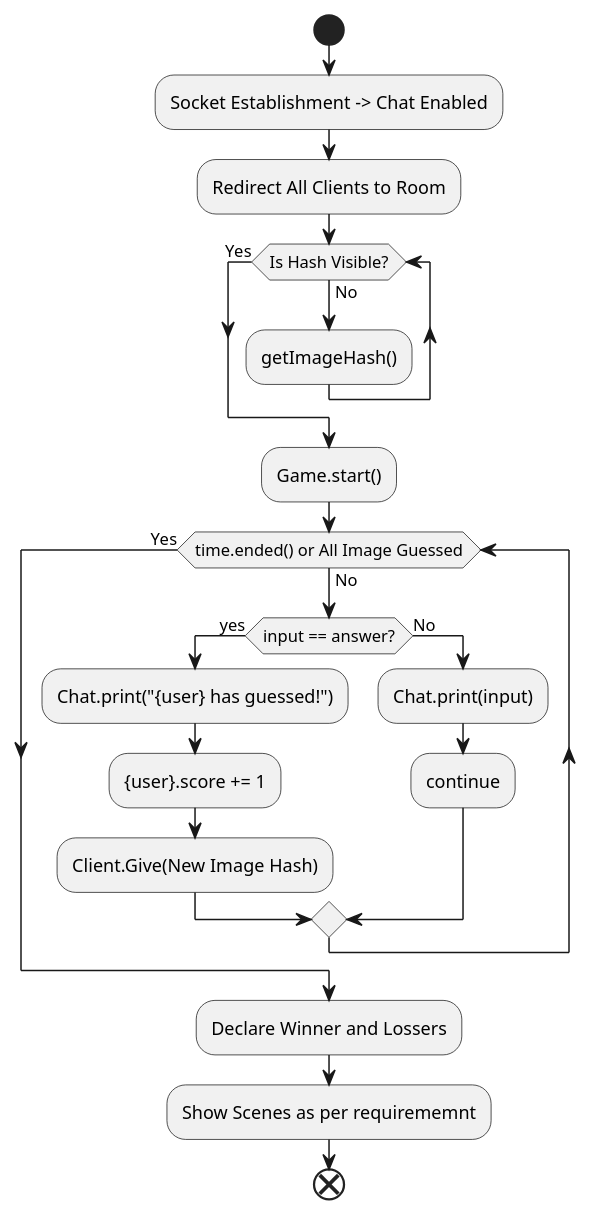
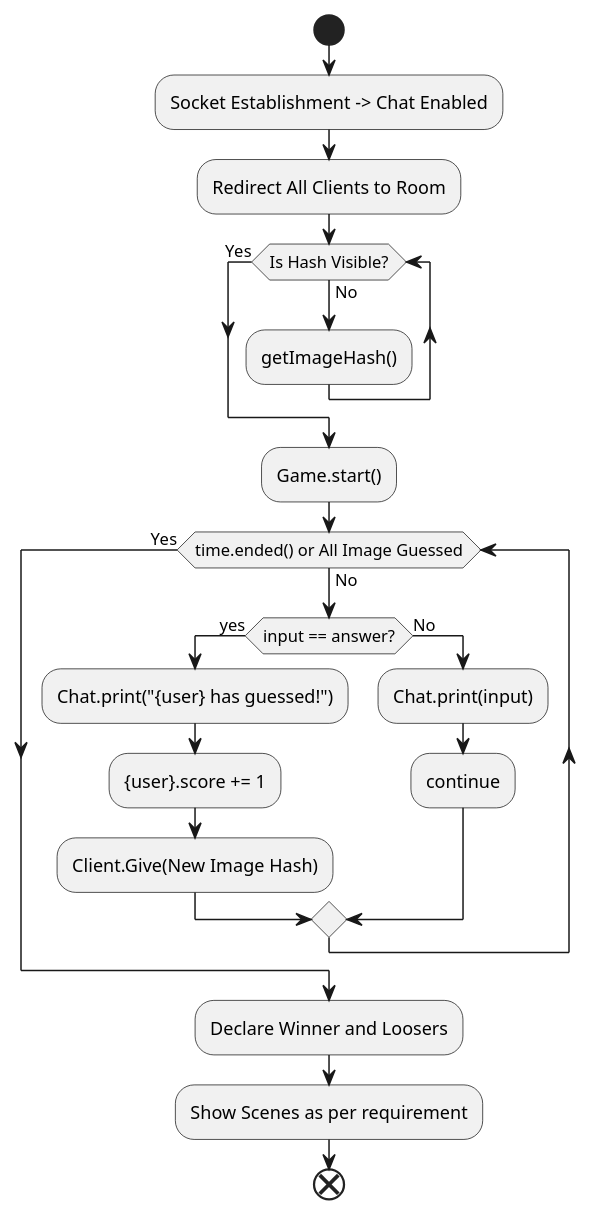
The diagram in Flowcharts/GameLogic.pu (yashdwivedi/mavenproject1), drawn with PlantUML before and after one commit. The commit also changed 1 other file, not shown here.

```diff
--- a/Flowcharts/GameLogic.pu
+++ b/Flowcharts/GameLogic.pu
@@ -1,38 +1,38 @@
 @startuml
 start
 
 :Socket Establishment -> Chat Enabled;
 :Redirect All Clients to Room;
 
 while(Is Hash Visible?) is (No)
 
 :getImageHash();
 
 endwhile(Yes)
 
 :Game.start();
 
 while(time.ended() or All Image Guessed) is (No) 
 
 if (input == answer?) then (yes)
 
 :Chat.print("{user} has guessed!");
 
 :{user}.score += 1;    
 
 :Client.Give(New Image Hash);
 
 else (No)
 
 :Chat.print(input); 
 
 :continue;
 
 endif
 
 endwhile(Yes)
 
-:Declare Winner and Lossers;
-:Show Scenes as per requirememnt;
+:Declare Winner and Loosers;
+:Show Scenes as per requirement;
 end
 @enduml
```
